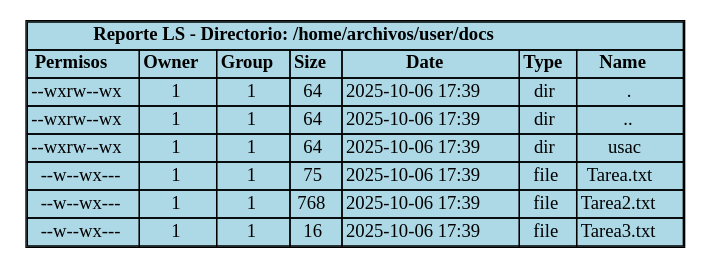
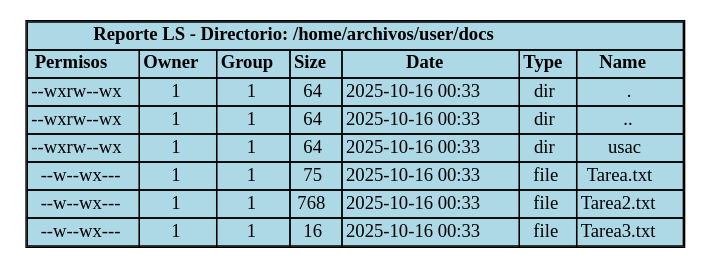
The diagram in backend/provider/reports/src/ls_381A.dot (DiegVas/MIA_2S2025_P2_202300638), drawn with Graphviz before and after one commit. The commit also changed 35 other files, not shown here.

```diff
--- a/backend/provider/reports/src/ls_381A.dot
+++ b/backend/provider/reports/src/ls_381A.dot
@@ -1,71 +1,71 @@
 digraph LS_Report {
     rankdir=TB;
     node [shape=plaintext];
     edge [style=invisible];
     title [label=<<TABLE BORDER="1" CELLBORDER="1" CELLSPACING="0" BGCOLOR="lightblue">
         <TR><TD COLSPAN="7"><B>Reporte LS - Directorio: /home/archivos/user/docs</B></TD></TR>
         <TR>
             <TD><B>Permisos</B></TD>
             <TD><B>Owner</B></TD>
             <TD><B>Group</B></TD>
             <TD><B>Size</B></TD>
             <TD><B>Date</B></TD>
             <TD><B>Type</B></TD>
             <TD><B>Name</B></TD>
         </TR>
         <TR>
             <TD>--wxrw--wx</TD>
             <TD>1</TD>
             <TD>1</TD>
             <TD>64</TD>
-            <TD>2025-10-06 17:39</TD>
+            <TD>2025-10-16 00:33</TD>
             <TD>dir</TD>
             <TD>.</TD>
         </TR>
         <TR>
             <TD>--wxrw--wx</TD>
             <TD>1</TD>
             <TD>1</TD>
             <TD>64</TD>
-            <TD>2025-10-06 17:39</TD>
+            <TD>2025-10-16 00:33</TD>
             <TD>dir</TD>
             <TD>..</TD>
         </TR>
         <TR>
             <TD>--wxrw--wx</TD>
             <TD>1</TD>
             <TD>1</TD>
             <TD>64</TD>
-            <TD>2025-10-06 17:39</TD>
+            <TD>2025-10-16 00:33</TD>
             <TD>dir</TD>
             <TD>usac</TD>
         </TR>
         <TR>
             <TD>--w--wx---</TD>
             <TD>1</TD>
             <TD>1</TD>
             <TD>75</TD>
-            <TD>2025-10-06 17:39</TD>
+            <TD>2025-10-16 00:33</TD>
             <TD>file</TD>
             <TD>Tarea.txt</TD>
         </TR>
         <TR>
             <TD>--w--wx---</TD>
             <TD>1</TD>
             <TD>1</TD>
             <TD>768</TD>
-            <TD>2025-10-06 17:39</TD>
+            <TD>2025-10-16 00:33</TD>
             <TD>file</TD>
             <TD>Tarea2.txt</TD>
         </TR>
         <TR>
             <TD>--w--wx---</TD>
             <TD>1</TD>
             <TD>1</TD>
             <TD>16</TD>
-            <TD>2025-10-06 17:39</TD>
+            <TD>2025-10-16 00:33</TD>
             <TD>file</TD>
             <TD>Tarea3.txt</TD>
         </TR>
     </TABLE>>];
 }
```
